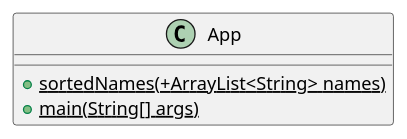
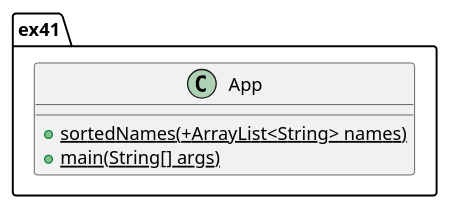
The diagram in src/main/java/ex41/ex41cd.puml (ayeekee/yeekee-cop3330-assignment3), drawn with PlantUML before and after one commit. The commit also changed 17 other files, not shown here.

```diff
--- a/src/main/java/ex41/ex41cd.puml
+++ b/src/main/java/ex41/ex41cd.puml
@@ -1,11 +1,11 @@
 @startuml
 'https://plantuml.com/class-diagram
 
-class App{
-
-+{static}sortedNames(+ArrayList<String> names)
-+{static}main(String[] args)
-
+package ex41{
+    class App{
+        +{static}sortedNames(+ArrayList<String> names)
+        +{static}main(String[] args)
+    }
 }
 
 @enduml
```
